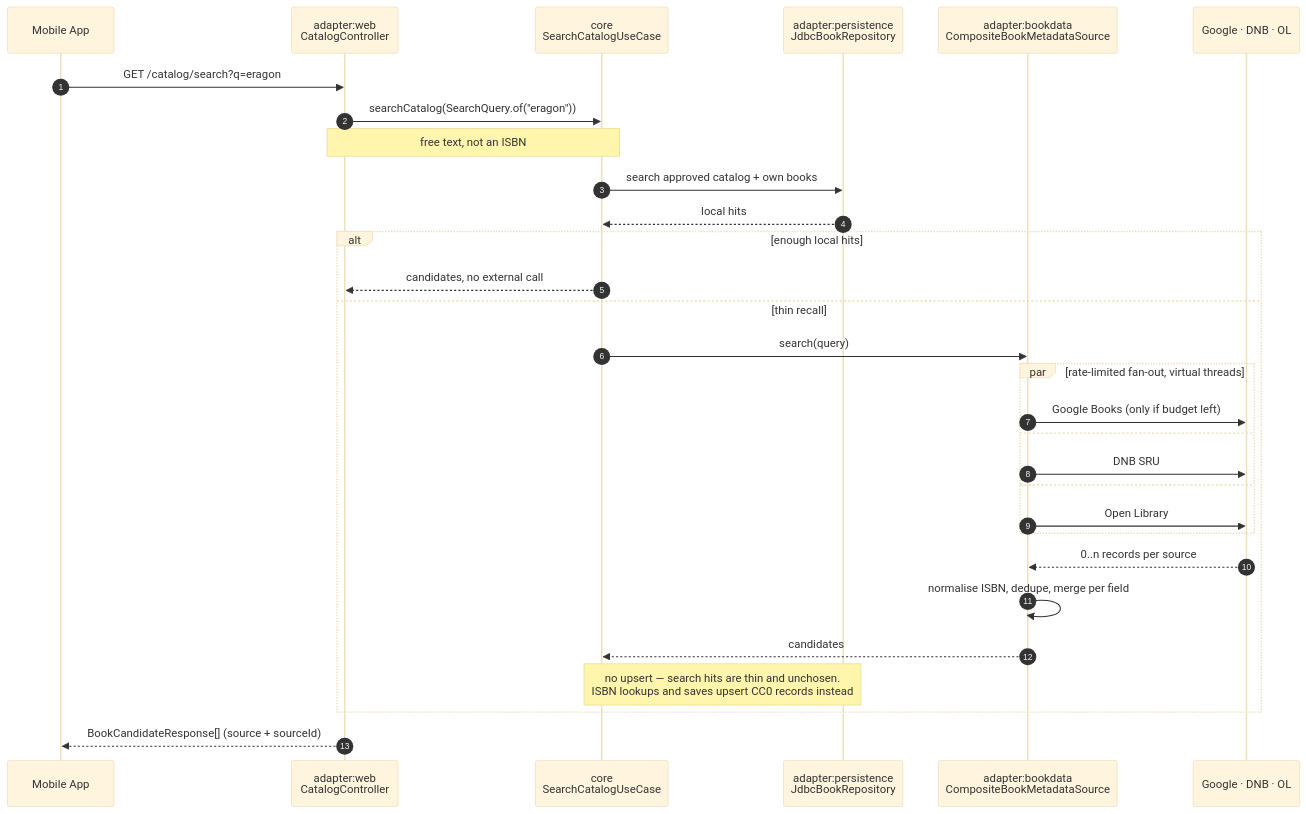
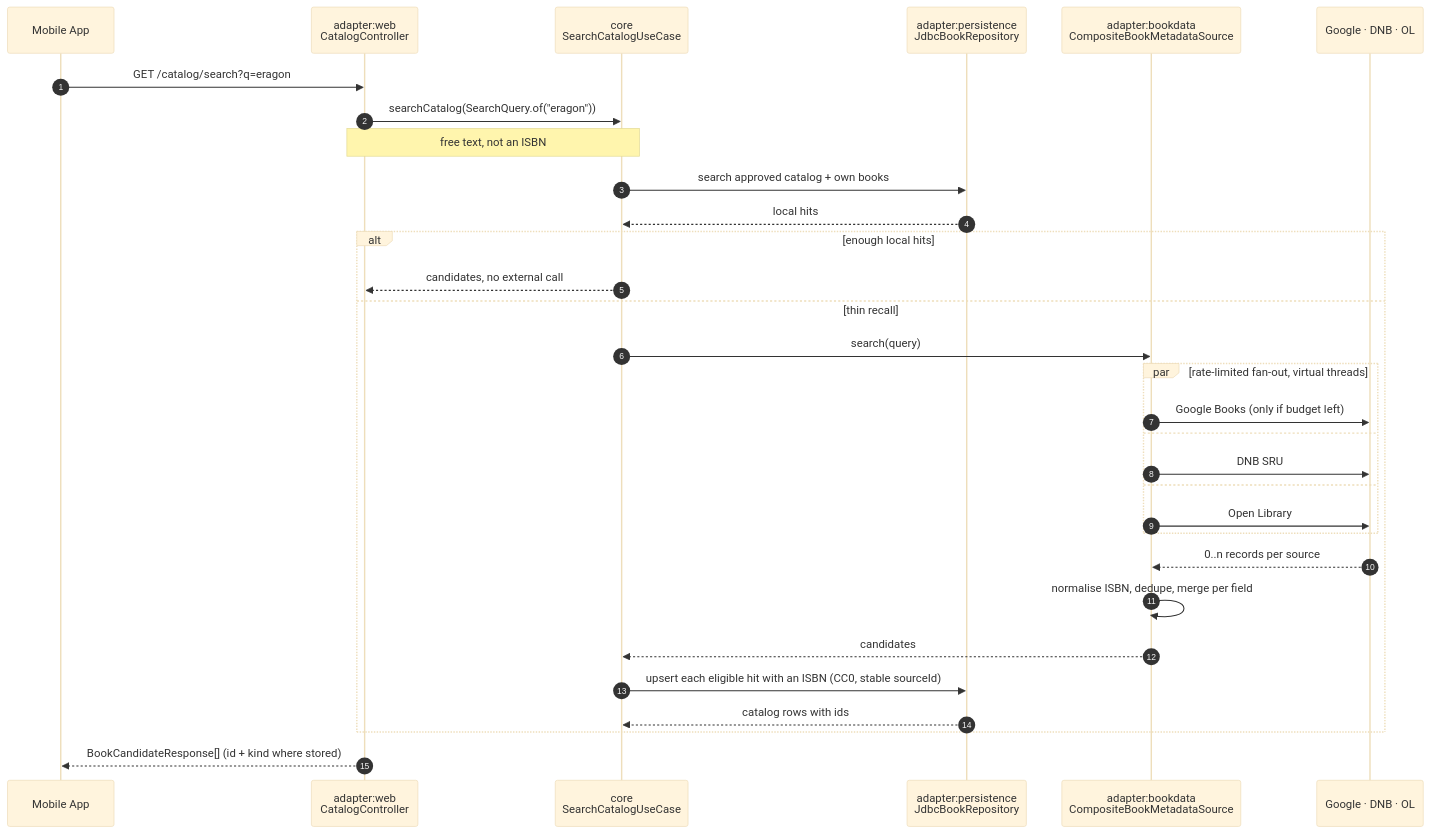
Before and after one commit to AnSrwn/BookTracker: the fourth of 4 diagrams in backend/docs/architecture.md, drawn with Mermaid (base theme). The commit also changed other lines of this file and 37 other files, not shown here.

Commit message:
Link users to catalog books instead of copying them, and give every hit an id

````diff
--- a/backend/docs/architecture.md
+++ b/backend/docs/architecture.md
@@ -463,33 +465,34 @@
 ```mermaid
 sequenceDiagram
     autonumber
     participant App as Mobile App
     participant Ctrl as adapter:web<br/>CatalogController
     participant UC as core<br/>SearchCatalogUseCase
     participant Repo as adapter:persistence<br/>JdbcBookRepository
     participant Src as adapter:bookdata<br/>CompositeBookMetadataSource
     participant Ext as Google · DNB · OL
 
     App->>Ctrl: GET /catalog/search?q=eragon
     Ctrl->>UC: searchCatalog(SearchQuery.of("eragon"))
     Note over Ctrl,UC: free text, not an ISBN
     UC->>Repo: search approved catalog + own books
     Repo-->>UC: local hits
     alt enough local hits
         UC-->>Ctrl: candidates, no external call
     else thin recall
         UC->>Src: search(query)
         par rate-limited fan-out, virtual threads
             Src->>Ext: Google Books (only if budget left)
         and
             Src->>Ext: DNB SRU
         and
             Src->>Ext: Open Library
         end
         Ext-->>Src: 0..n records per source
         Src->>Src: normalise ISBN, dedupe, merge per field
         Src-->>UC: candidates
-        Note over UC,Repo: no upsert — search hits are thin and unchosen.<br/>ISBN lookups and saves upsert CC0 records instead
+        UC->>Repo: upsert each eligible hit with an ISBN (CC0, stable sourceId)
+        Repo-->>UC: catalog rows with ids
     end
-    Ctrl-->>App: BookCandidateResponse[] (source + sourceId)
+    Ctrl-->>App: BookCandidateResponse[] (id + kind where stored)
 ```
````
